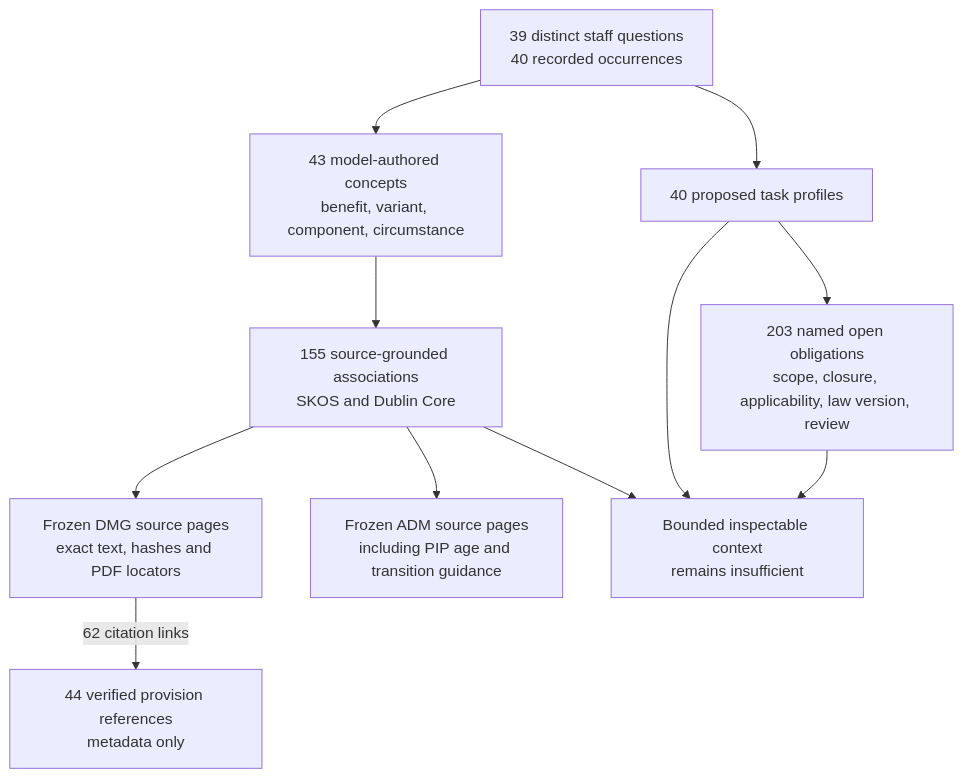
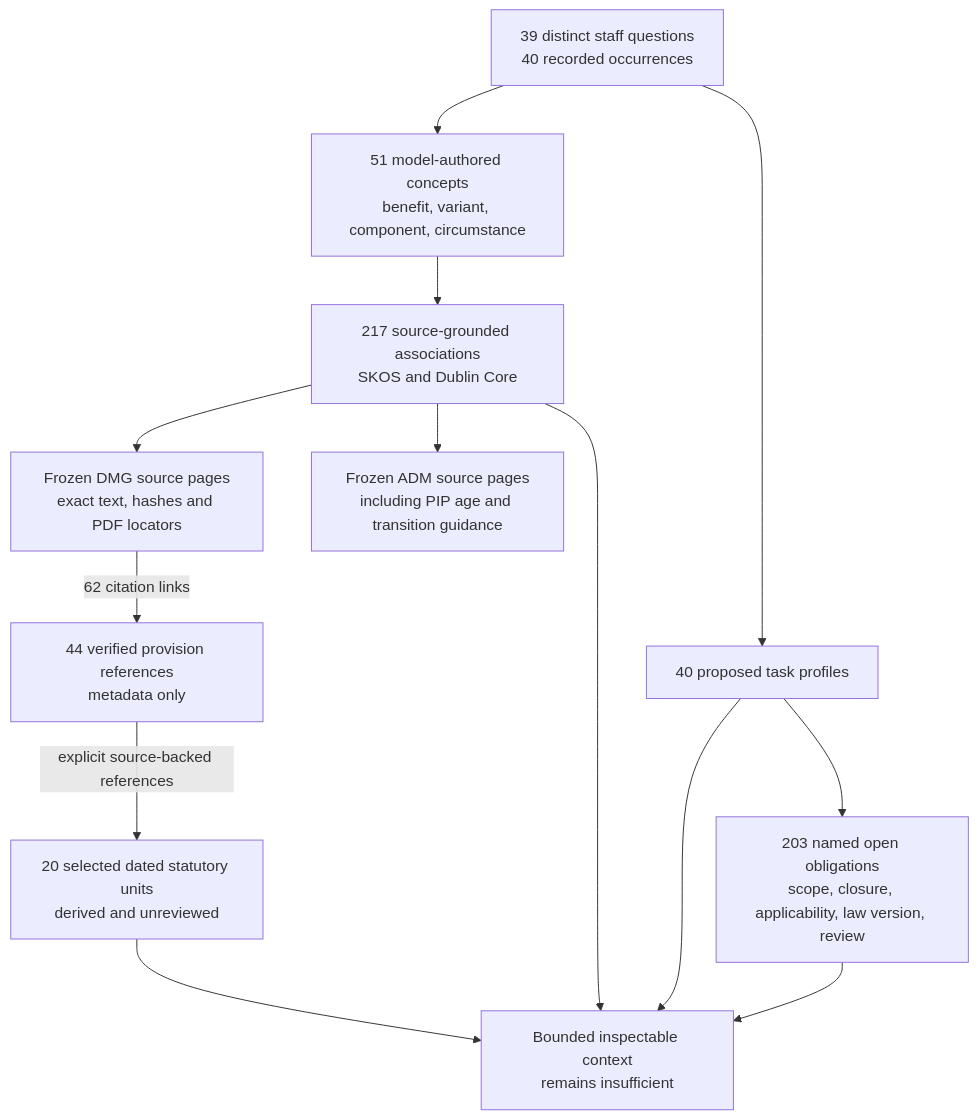
One commit to chris-page-gov/okf-dwp changed the diagram in docs/semantic-expansion.md. Above: the diagram before and after it, drawn with Mermaid. The commit also changed other lines of this file and 2372 other files, not shown here.

Commit message:
Add household qualifications and dated statutory evidence

```diff
--- a/docs/semantic-expansion.md
+++ b/docs/semantic-expansion.md
@@ -77,22 +78,25 @@
 ~~~mermaid
 flowchart TD
     Staff["39 distinct staff questions<br/>40 recorded occurrences"]
-    Concepts["43 model-authored concepts<br/>benefit, variant, component, circumstance"]
+    Concepts["51 model-authored concepts<br/>benefit, variant, component, circumstance"]
     Profiles["40 proposed task profiles"]
-    Relations["155 source-grounded associations<br/>SKOS and Dublin Core"]
+    Relations["217 source-grounded associations<br/>SKOS and Dublin Core"]
     DMG["Frozen DMG source pages<br/>exact text, hashes and PDF locators"]
     ADM["Frozen ADM source pages<br/>including PIP age and transition guidance"]
     Legal["44 verified provision references<br/>metadata only"]
+    Bodies["20 selected dated statutory units<br/>derived and unreviewed"]
     Open["203 named open obligations<br/>scope, closure, applicability, law version, review"]
     Package["Bounded inspectable context<br/>remains insufficient"]
     Staff --> Concepts
     Staff --> Profiles
     Concepts --> Relations
     Relations --> DMG
     Relations --> ADM
     DMG -->|"62 citation links"| Legal
+    Legal -->|"explicit source-backed references"| Bodies
+    Bodies --> Package
     Profiles --> Open
     Relations --> Package
     Profiles --> Package
     Open --> Package
 ~~~
```
